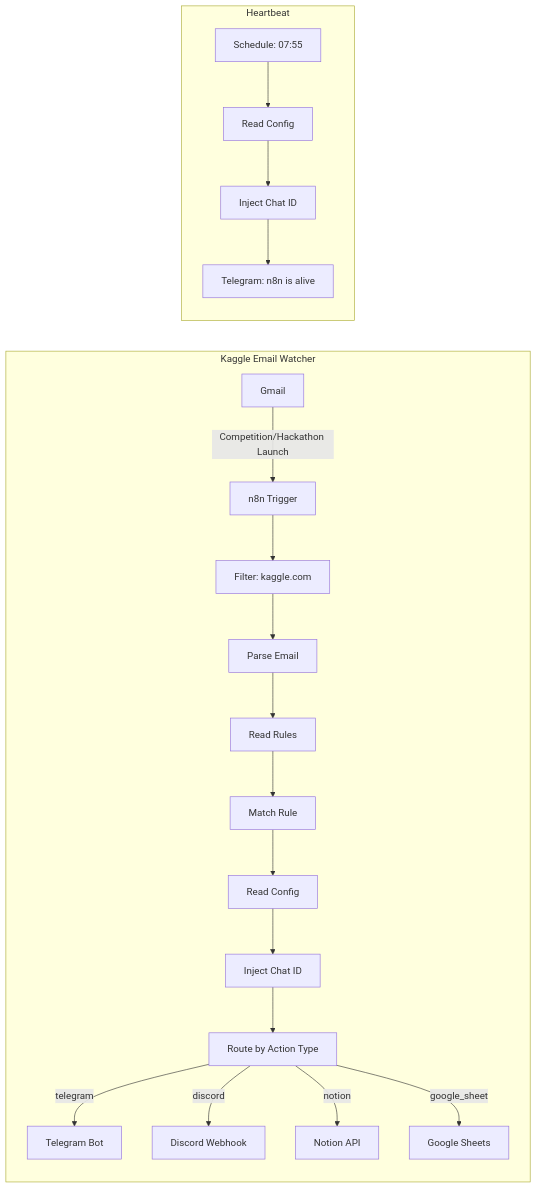
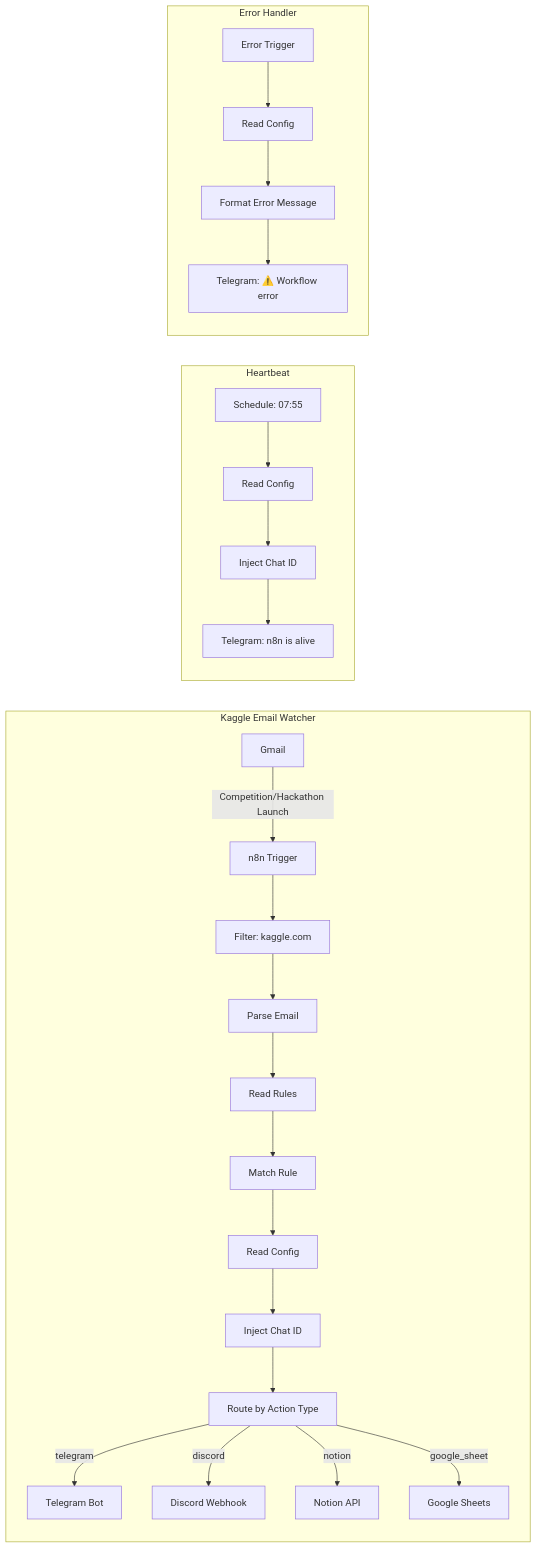
Before and after one commit to benoit-bremaud/n8n-kaggle-watcher: the diagram in README.md, drawn with Mermaid. The commit also changed other lines of this file and 6 other files, not shown here.

First line of the commit message:
feat(n8n): add global Error Handler workflow with Telegram alerts

````diff
--- a/README.md
+++ b/README.md
@@ -12,23 +12,29 @@
 ```mermaid
 flowchart LR
     subgraph Kaggle Email Watcher
         A[Gmail] -->|Competition/Hackathon Launch| B[n8n Trigger]
         B --> C[Filter: kaggle.com]
         C --> D[Parse Email]
         D --> E[Read Rules]
         E --> F[Match Rule]
         F --> G[Read Config]
         G --> H[Inject Chat ID]
         H --> I[Route by Action Type]
         I -->|telegram| J[Telegram Bot]
         I -->|discord| K[Discord Webhook]
         I -->|notion| L[Notion API]
         I -->|google_sheet| M[Google Sheets]
     end
 
     subgraph Heartbeat
         N[Schedule: 07:55] --> O[Read Config]
         O --> P[Inject Chat ID]
         P --> Q[Telegram: n8n is alive]
     end
+
+    subgraph Error Handler
+        R[Error Trigger] --> S[Read Config]
+        S --> T[Format Error Message]
+        T --> U[Telegram: ⚠️ Workflow error]
+    end
 ```
````
